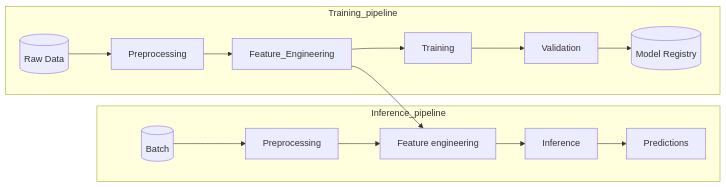
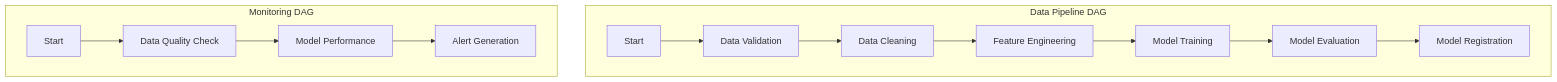
One commit to kihiu-ho/ReservationCancellationForecasting changed the fourth of 8 diagrams in README.md. Above: the diagram before and after it, drawn with Mermaid. The commit also changed other lines of this file, not shown here.

````diff
--- a/README.md
+++ b/README.md
@@ -161,12 +208,17 @@
 ```mermaid
-graph LR
-    subgraph Training_pipeline
-        Raw_Data[("Raw Data")] --> Preprocessing --> Feature_Engineering --> Training --> Validation --> Model_Registry[("Model Registry")]
-    end
-    
-    subgraph Inference_pipeline
-        Batch[("Batch")] --> Preprocessing_inf[Preprocessing] --> Feature_Engineering_inf[Feature engineering] --> Inference --> Predictions
+graph TD
+    subgraph Data Pipeline DAG
+        A[Start] --> B[Data Validation]
+        B --> C[Data Cleaning]
+        C --> D[Feature Engineering]
+        D --> E[Model Training]
+        E --> F[Model Evaluation]
+        F --> G[Model Registration]
     end
 
-    Feature_Engineering --> Feature_Engineering_inf
+    subgraph Monitoring DAG
+        H[Start] --> I[Data Quality Check]
+        I --> J[Model Performance]
+        J --> K[Alert Generation]
+    end
 ```
````
